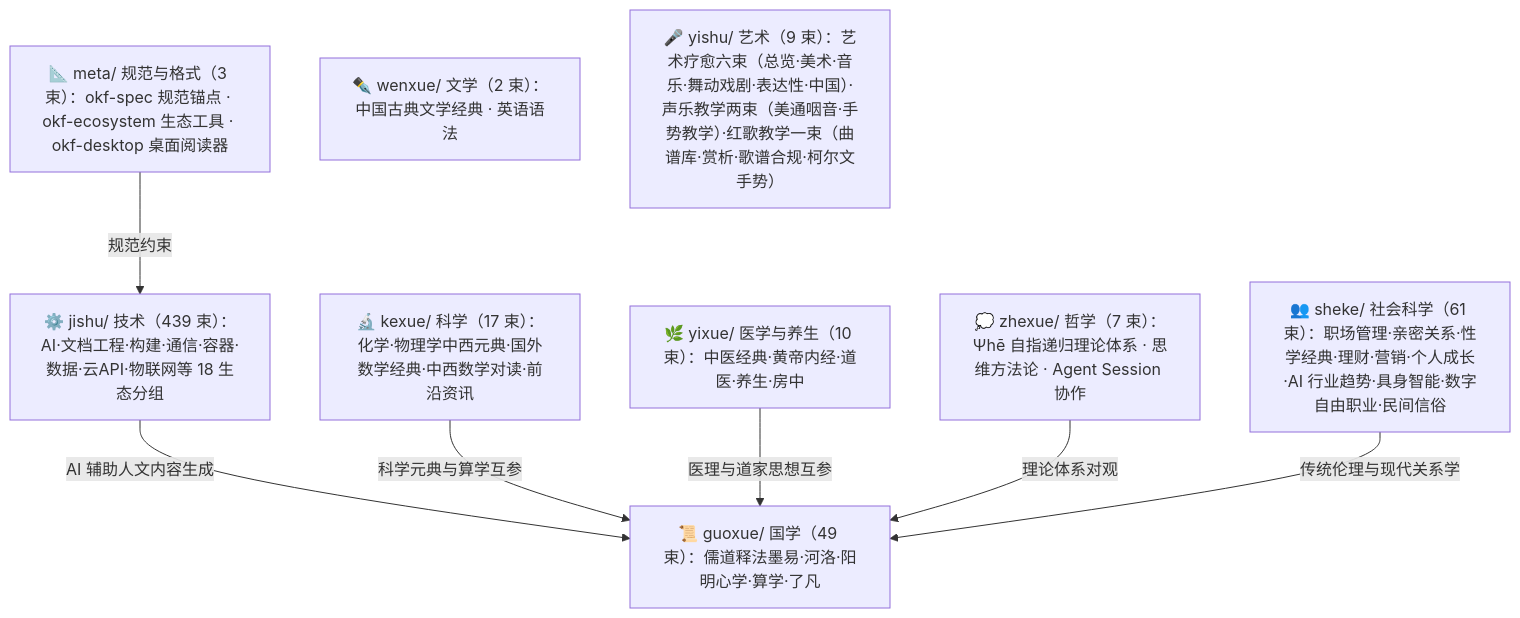
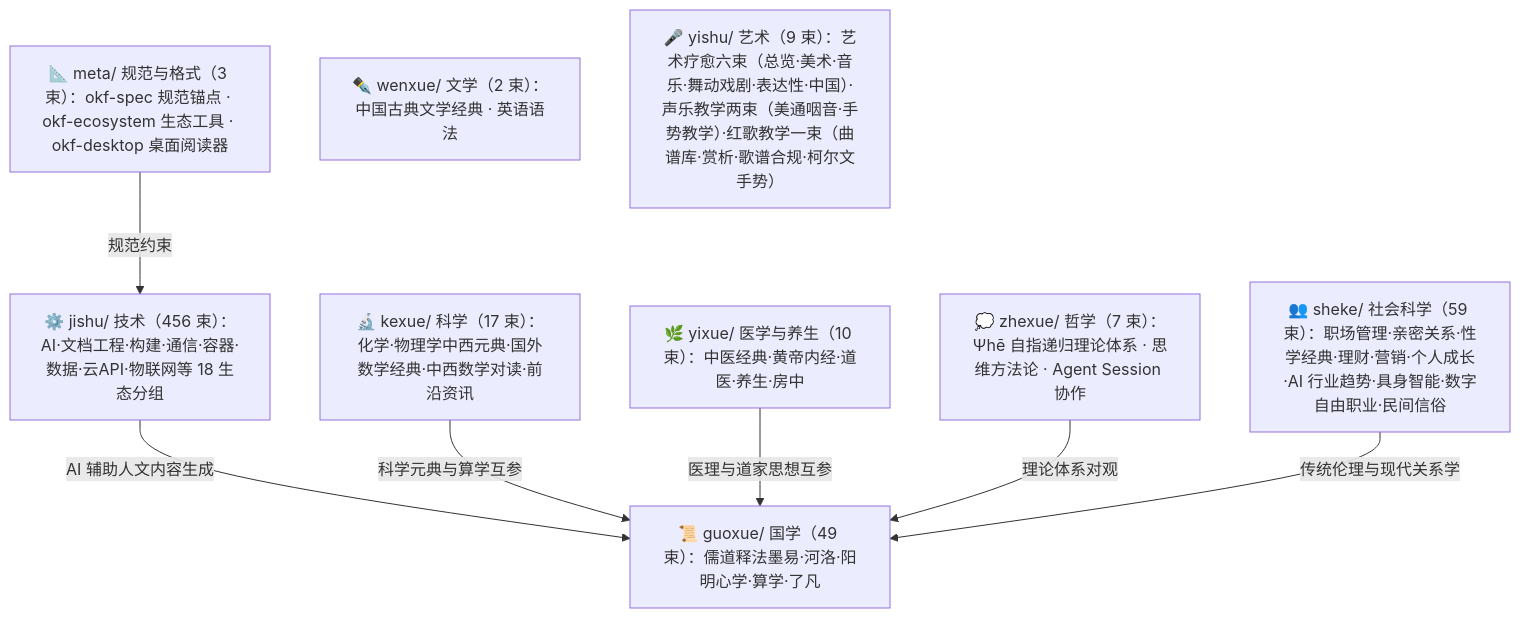
One commit to awesome-flexloop/awesome-okf changed the diagram in doc/bundles/index.md. Above: the diagram before and after it, drawn with Mermaid. The commit also changed other lines of this file and 28 other files, not shown here.

````diff
--- a/doc/bundles/index.md
+++ b/doc/bundles/index.md
@@ -21,18 +21,18 @@
 ```mermaid
 flowchart TD
     meta["📐 meta/ 规范与格式（3 束）：okf-spec 规范锚点 · okf-ecosystem 生态工具 · okf-desktop 桌面阅读器"]
     guoxue["📜 guoxue/ 国学（49 束）：儒道释法墨易·河洛·阳明心学·算学·了凡"]
     zhexue["💭 zhexue/ 哲学（7 束）：Ψhē 自指递归理论体系 · 思维方法论 · Agent Session 协作"]
     kexue["🔬 kexue/ 科学（17 束）：化学·物理学中西元典·国外数学经典·中西数学对读·前沿资讯"]
     wenxue["✒️ wenxue/ 文学（2 束）：中国古典文学经典 · 英语语法"]
     yixue["🌿 yixue/ 医学与养生（10 束）：中医经典·黄帝内经·道医·养生·房中"]
-    sheke["👥 sheke/ 社会科学（61 束）：职场管理·亲密关系·性学经典·理财·营销·个人成长·AI 行业趋势·具身智能·数字自由职业·民间信俗"]
+    sheke["👥 sheke/ 社会科学（59 束）：职场管理·亲密关系·性学经典·理财·营销·个人成长·AI 行业趋势·具身智能·数字自由职业·民间信俗"]
     yishu["🎤 yishu/ 艺术（9 束）：艺术疗愈六束（总览·美术·音乐·舞动戏剧·表达性·中国）·声乐教学两束（美通咽音·手势教学）·红歌教学一束（曲谱库·赏析·歌谱合规·柯尔文手势）"]
-    jishu["⚙️ jishu/ 技术（439 束）：AI·文档工程·构建·通信·容器·数据·云API·物联网等 18 生态分组"]
+    jishu["⚙️ jishu/ 技术（456 束）：AI·文档工程·构建·通信·容器·数据·云API·物联网等 18 生态分组"]
     meta -->|"规范约束"| jishu
     jishu -->|"AI 辅助人文内容生成"| guoxue
     kexue -->|"科学元典与算学互参"| guoxue
     yixue -->|"医理与道家思想互参"| guoxue
     zhexue -->|"理论体系对观"| guoxue
     sheke -->|"传统伦理与现代关系学"| guoxue
 ```
````
